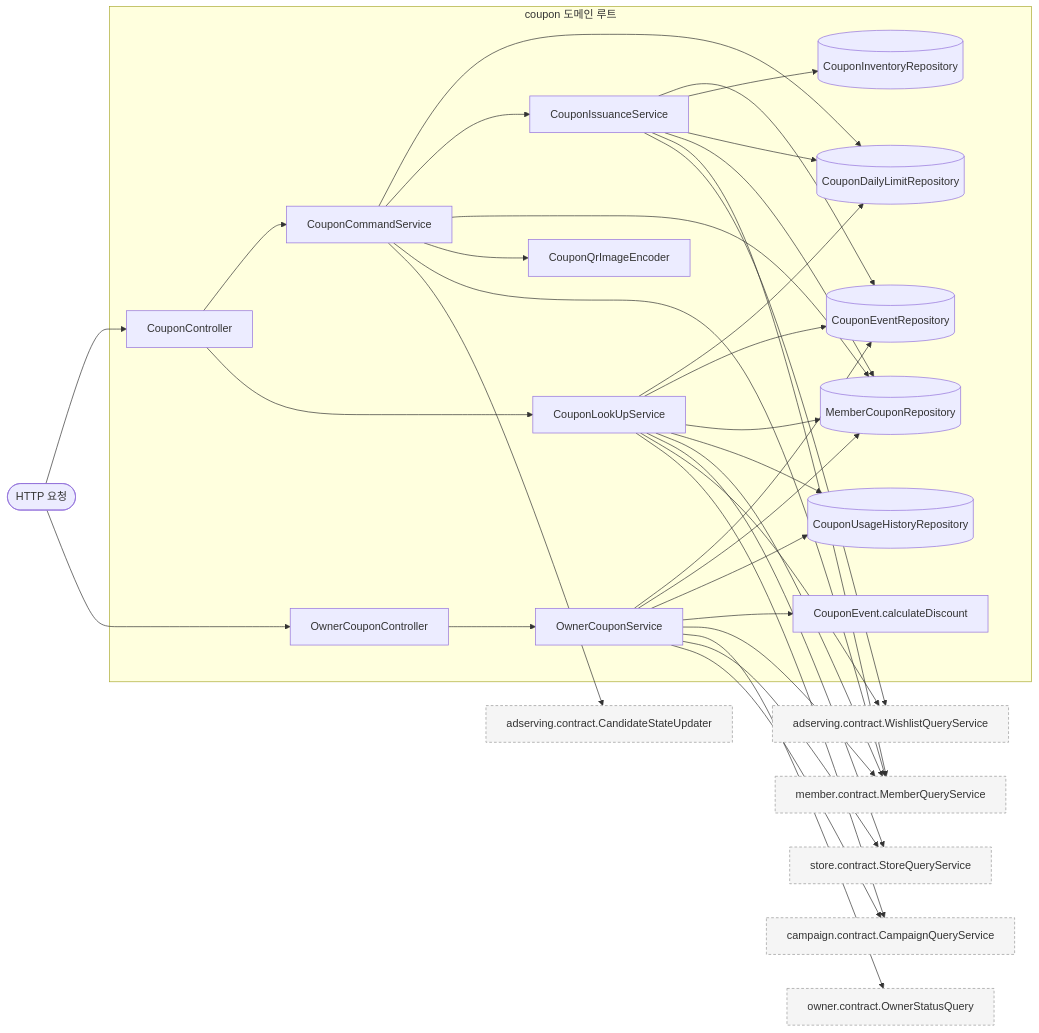
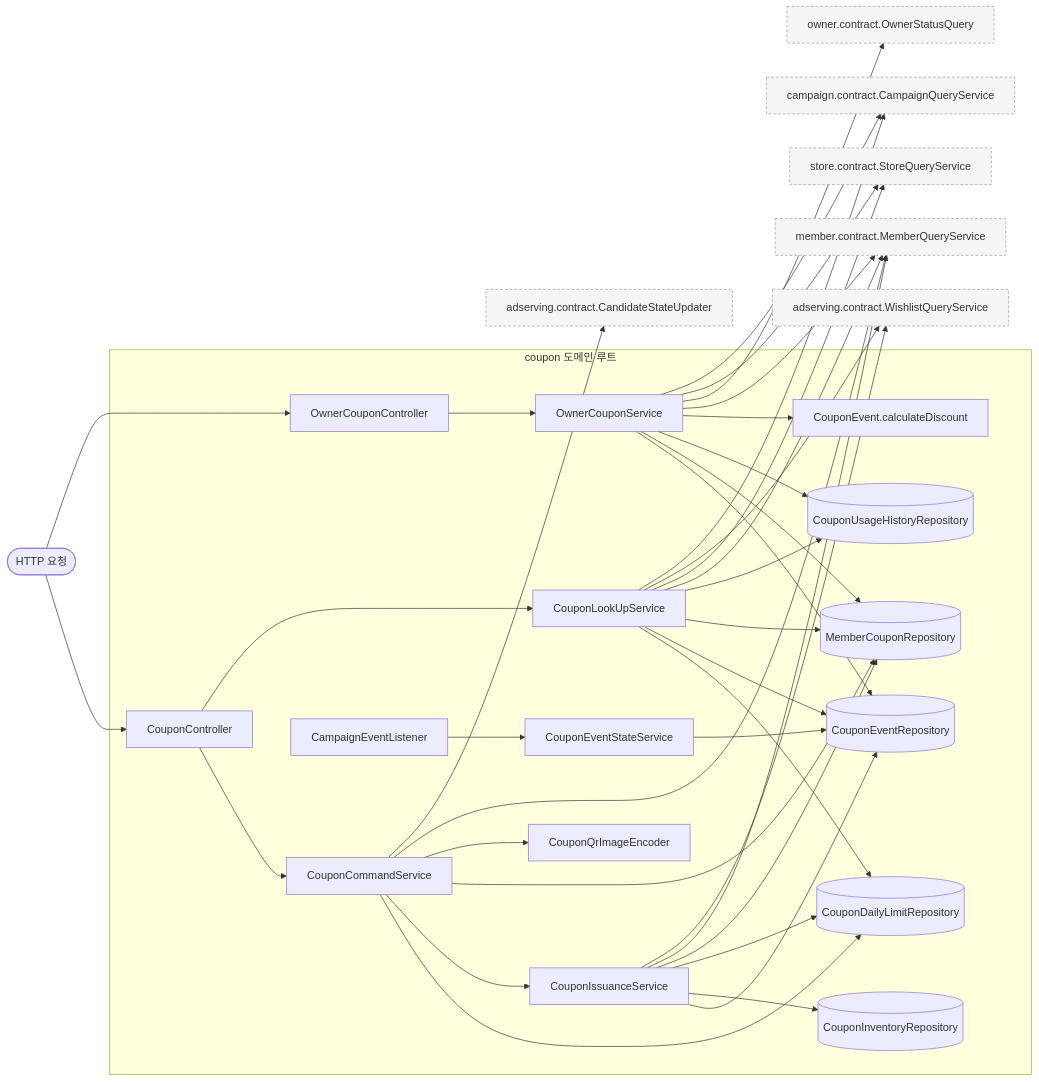
The first of 6 diagrams in docs/design/coupon/coupon_구조와_동작_설계.md (lunch-catch/lc-backend), drawn with Mermaid before and after one commit. The commit also changed other lines of this file and 1 other file, not shown here.

````diff
--- a/docs/design/coupon/coupon_구조와_동작_설계.md
+++ b/docs/design/coupon/coupon_구조와_동작_설계.md
@@ -160,40 +161,42 @@
 ```mermaid
 flowchart LR
     HTTP([HTTP 요청]) --> Controller[CouponController]
     HTTP --> OwnerController[OwnerCouponController]
     subgraph Coupon["coupon 도메인 루트"]
         Controller --> Command[CouponCommandService]
         Controller --> Lookup[CouponLookUpService]
         OwnerController --> Owner[OwnerCouponService]
+        Listener[CampaignEventListener] --> EventState[CouponEventStateService]
+        EventState --> Events
         Command --> Daily[(CouponDailyLimitRepository)]
         Issuance --> Events[(CouponEventRepository)]
         Command --> Issuance[CouponIssuanceService]
         Issuance --> Inventory[(CouponInventoryRepository)]
         Issuance --> Daily
         Issuance --> Members
         Command --> Members[(MemberCouponRepository)]
         Command --> Image[CouponQrImageEncoder]
         Lookup --> Daily
         Lookup --> Events
         Lookup --> Members
         Lookup --> History[(CouponUsageHistoryRepository)]
         Owner --> Events
         Owner --> Members
         Owner --> History
         Owner --> Discount[CouponEvent.calculateDiscount]
     end
     Command --> MemberQuery["member.contract.MemberQueryService"]
     Lookup --> MemberQuery
     Owner --> MemberQuery
     Owner --> OwnerQuery["owner.contract.OwnerStatusQuery"]
     Owner --> StoreQuery["store.contract.StoreQueryService"]
     Lookup --> StoreQuery
     Issuance --> MemberQuery
     Issuance --> Wishlist["adserving.contract.WishlistQueryService"]
     Lookup --> Wishlist
     Command --> Candidate["adserving.contract.CandidateStateUpdater"]
     Lookup --> CampaignQuery["campaign.contract.CampaignQueryService"]
     Owner --> CampaignQuery
     classDef outside fill:#f5f5f5,stroke:#999,stroke-dasharray:4 3
     class MemberQuery,OwnerQuery,CampaignQuery,StoreQuery,Wishlist,Candidate outside
 ```
````
